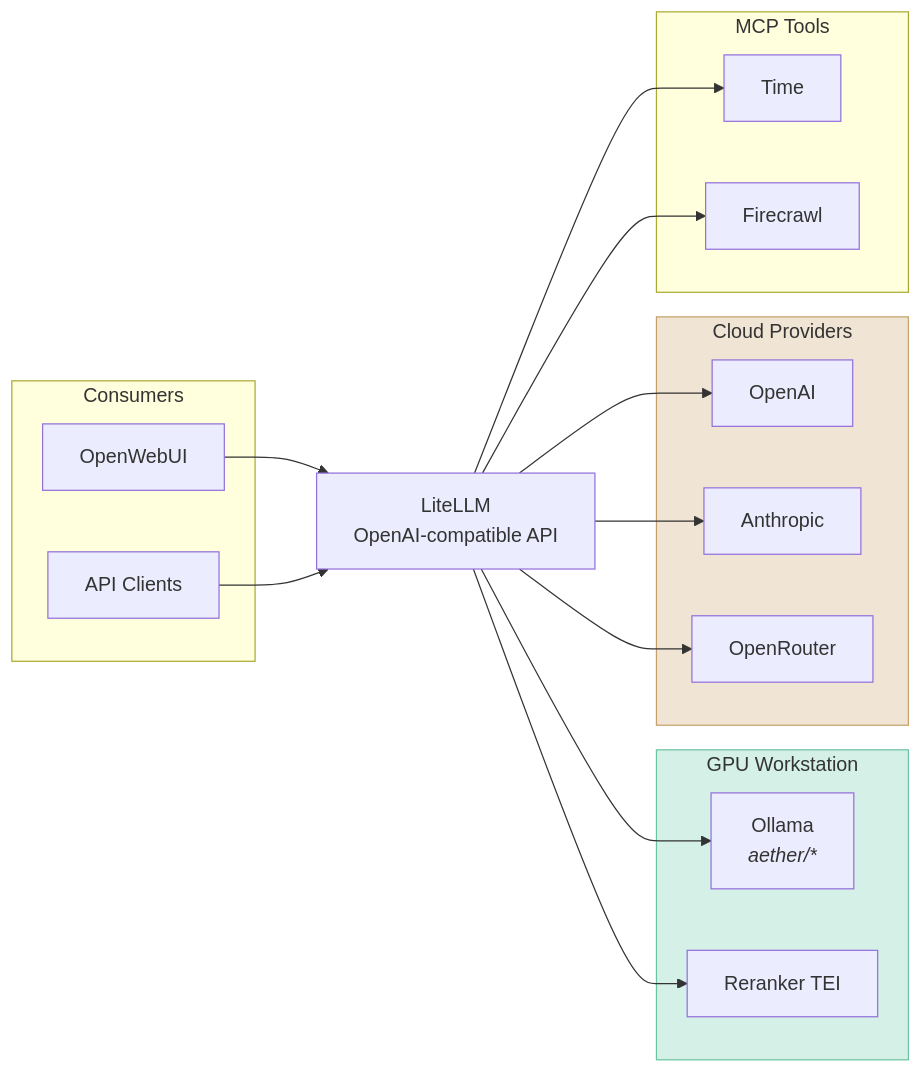
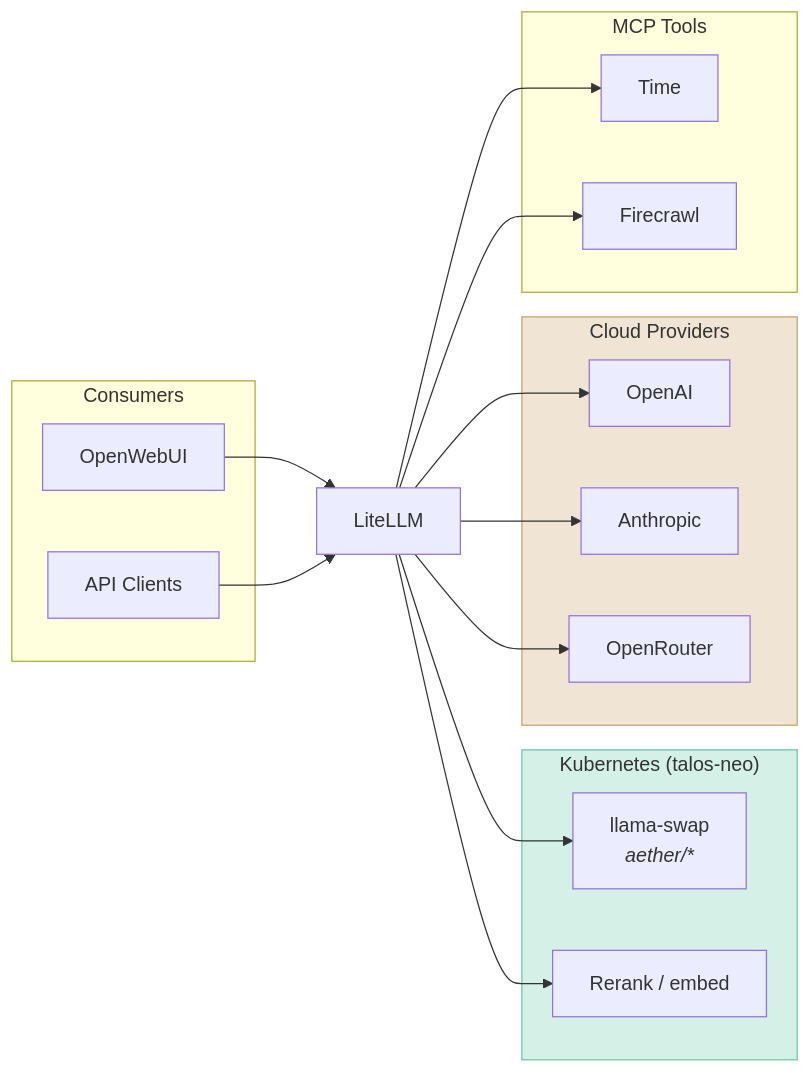
One commit to shedrachokonofua/aether changed the diagram in docs/ai-ml.md. Above: the diagram before and after it, drawn with Mermaid. The commit also changed other lines of this file and 48 other files, not shown here.

First line of the commit message:
Retire GPU workstation VM and align gateway with Kubernetes GPU stack

````diff
--- a/docs/ai-ml.md
+++ b/docs/ai-ml.md
@@ -49,33 +38,33 @@
 ```mermaid
 flowchart LR
     subgraph Consumers
         OWUI[OpenWebUI]
         API[API Clients]
     end
 
-    LLM[LiteLLM<br/>OpenAI-compatible API]
+    LLM[LiteLLM]
 
-    subgraph Local["GPU Workstation"]
-        OL[Ollama<br/><i>aether/*</i>]
-        RR[Reranker TEI]
+    subgraph K8s["Kubernetes (talos-neo)"]
+        LS[llama-swap<br/><i>aether/*</i>]
+        RR[Rerank / embed]
     end
 
     subgraph Cloud["Cloud Providers"]
         OAI[OpenAI]
         ANT[Anthropic]
         OR[OpenRouter]
     end
 
     subgraph MCP["MCP Tools"]
         TIME[Time]
         FC[Firecrawl]
     end
 
     OWUI & API --> LLM
-    LLM --> OL & RR
+    LLM --> LS & RR
     LLM --> OAI & ANT & OR
     LLM --> TIME & FC
 
-    style Local fill:#d4f0e7,stroke:#6ac4a0
+    style K8s fill:#d4f0e7,stroke:#6ac4a0
     style Cloud fill:#f0e4d4,stroke:#c4a06a
 ```
````
